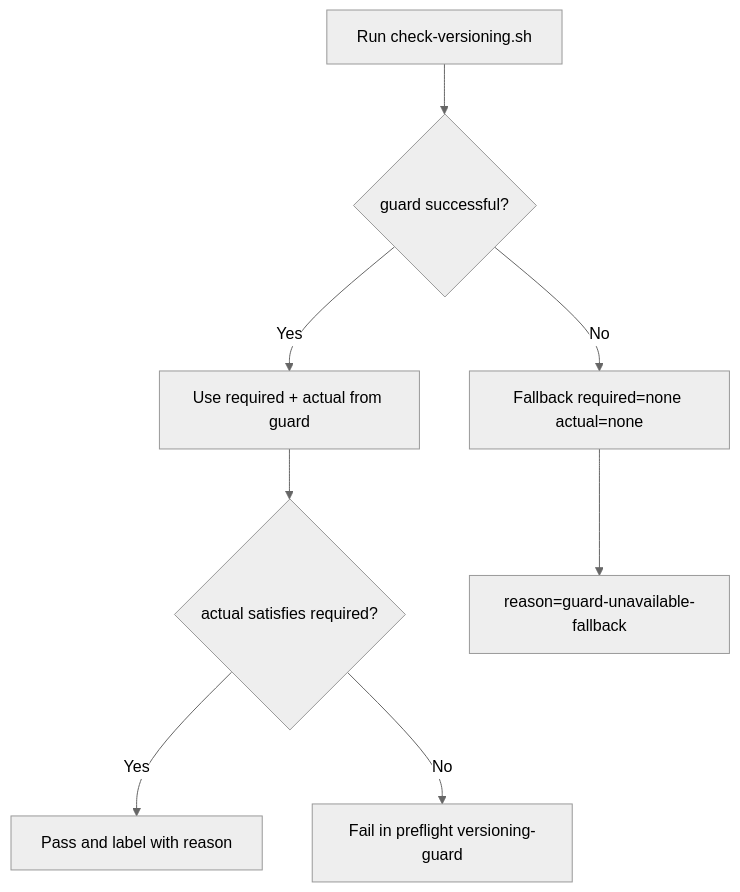
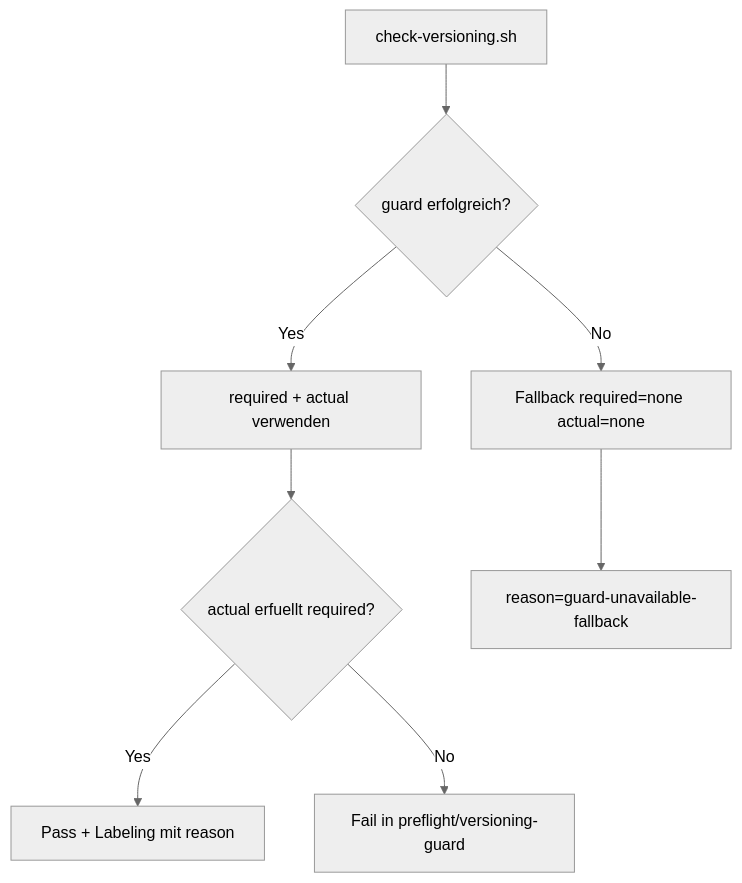
Before and after one commit to tomtastisch/FileClassifier: the fourth of 4 diagrams in docs/AUTO_LABELING_AND_VERSIONING.md, drawn with Mermaid (neutral theme). The commit also changed other lines of this file and 5 other files, not shown here.

````diff
--- a/docs/AUTO_LABELING_AND_VERSIONING.md
+++ b/docs/AUTO_LABELING_AND_VERSIONING.md
@@ -101,10 +99,10 @@
 ```mermaid
 flowchart TD
-  A["Run check-versioning.sh"] --> B{"guard successful?"}
-  B -- Yes --> C["Use required + actual from guard"]
+  A["check-versioning.sh"] --> B{"guard erfolgreich?"}
+  B -- Yes --> C["required + actual verwenden"]
   B -- No --> D["Fallback required=none actual=none"]
-  C --> E{"actual satisfies required?"}
+  C --> E{"actual erfuellt required?"}
   D --> F["reason=guard-unavailable-fallback"]
-  E -- Yes --> G["Pass and label with reason"]
-  E -- No --> H["Fail in preflight versioning-guard"]
+  E -- Yes --> G["Pass + Labeling mit reason"]
+  E -- No --> H["Fail in preflight/versioning-guard"]
 ```
````
